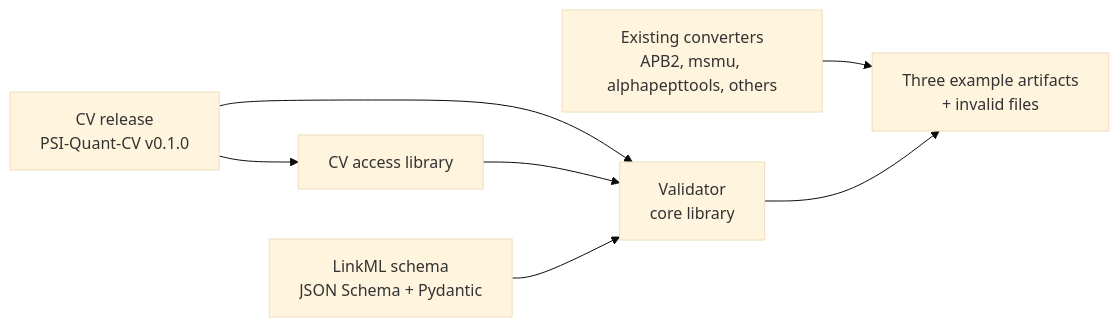
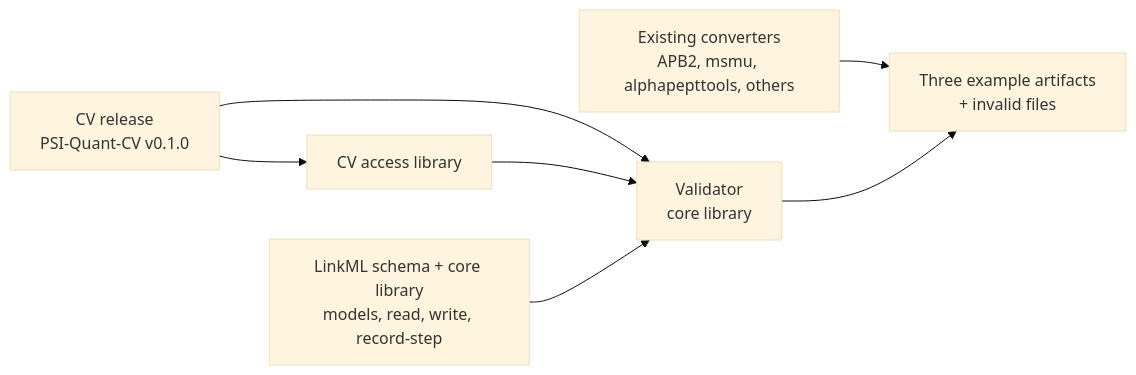
Before and after one commit to HUPO-PSI/psi_ai_quant_resources: the diagram in ROADMAP.md, drawn with Mermaid (base theme). The commit also changed other lines of this file, not shown here.

First line of the commit message:
Roadmap: link the parent issues and name the importable core library

````diff
--- a/ROADMAP.md
+++ b/ROADMAP.md
@@ -94,9 +97,9 @@
 ```mermaid
 flowchart LR
   CV[CV release<br/>PSI-Quant-CV v0.1.0] --> API[CV access library]
   CV --> VAL
   API --> VAL[Validator<br/>core library]
-  LML[LinkML schema<br/>JSON Schema + Pydantic] --> VAL
+  LML[LinkML schema + core library<br/>models, read, write, record-step] --> VAL
   CONV[Existing converters<br/>APB2, msmu, alphapepttools, others] --> EX[Three example artifacts<br/>+ invalid files]
   VAL --> EX
 ```
````
